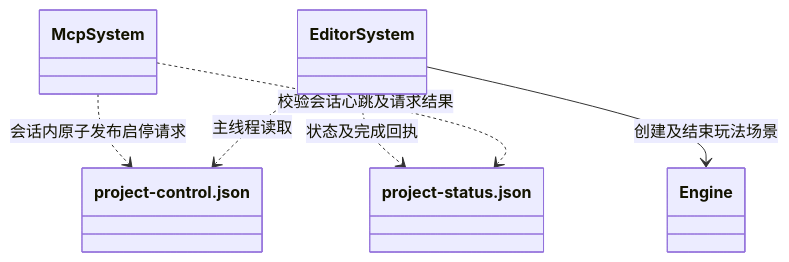
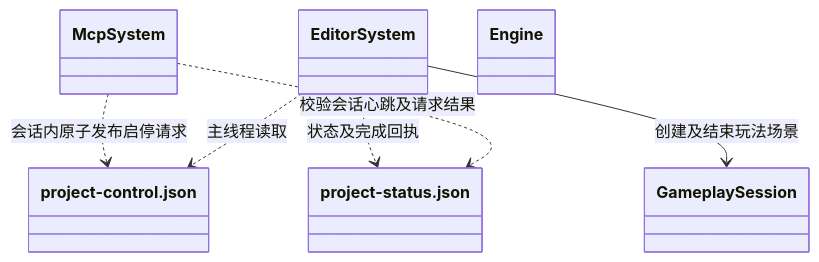
Before and after one commit to lcals/Engine: diagram 12 of 19 in docs/class-diagrams/references.md, drawn with Mermaid. The commit also changed other lines of this file and 143 other files, not shown here.

````diff
--- a/docs/class-diagrams/references.md
+++ b/docs/class-diagrams/references.md
@@ -347,13 +357,14 @@
 ```mermaid
 classDiagram
     class McpSystem
     class EditorSystem
     class Engine
     class ProjectControl["project-control.json"]
     class ProjectStatus["project-status.json"]
     McpSystem ..> ProjectControl : 会话内原子发布启停请求
     EditorSystem ..> ProjectControl : 主线程读取
-    EditorSystem --> Engine : 创建及结束玩法场景
+    class GameplaySession
+    EditorSystem --> GameplaySession : 创建及结束玩法场景
     EditorSystem ..> ProjectStatus : 状态及完成回执
     McpSystem ..> ProjectStatus : 校验会话心跳及请求结果
 ```
````
